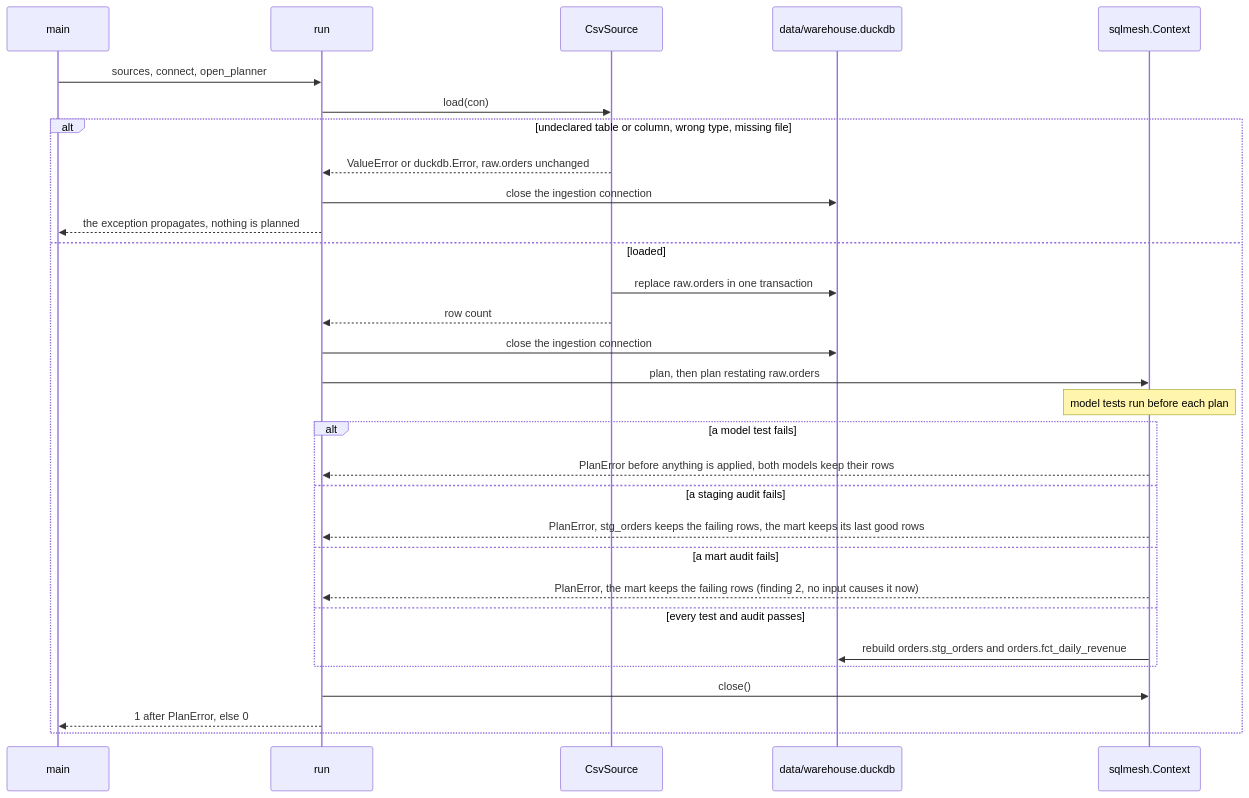
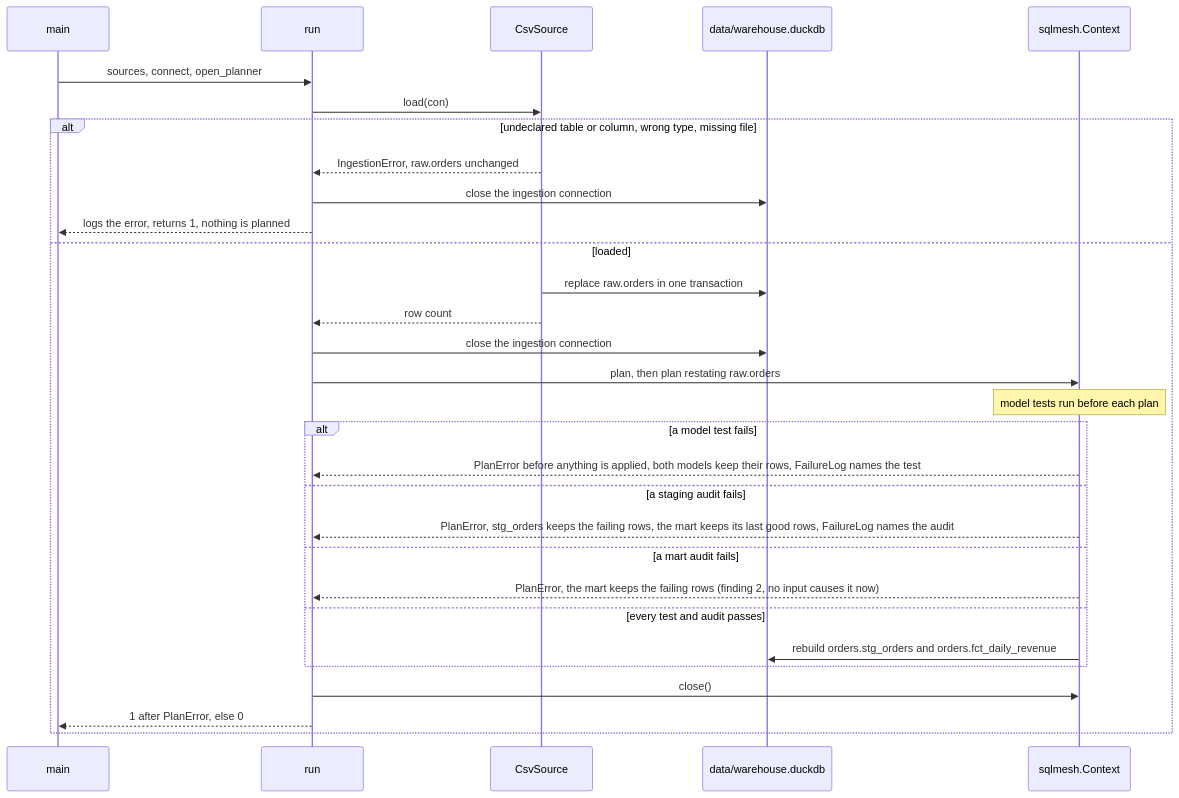
The fourth of 4 diagrams in docs/design.md (CarlosSolrac/template-sqlmesh-duckdb), drawn with Mermaid before and after one commit. The commit also changed other lines of this file and 1 other file, not shown here.

````diff
--- a/docs/design.md
+++ b/docs/design.md
@@ -285,32 +303,32 @@
 ```mermaid
 sequenceDiagram
     participant Main as main
     participant Run as run
     participant Csv as CsvSource
     participant DB as data/warehouse.duckdb
     participant SQLMesh as sqlmesh.Context
     Main->>Run: sources, connect, open_planner
     Run->>Csv: load(con)
     alt undeclared table or column, wrong type, missing file
-        Csv-->>Run: ValueError or duckdb.Error, raw.orders unchanged
+        Csv-->>Run: IngestionError, raw.orders unchanged
         Run->>DB: close the ingestion connection
-        Run-->>Main: the exception propagates, nothing is planned
+        Run-->>Main: logs the error, returns 1, nothing is planned
     else loaded
         Csv->>DB: replace raw.orders in one transaction
         Csv-->>Run: row count
         Run->>DB: close the ingestion connection
         Run->>SQLMesh: plan, then plan restating raw.orders
         Note over SQLMesh: model tests run before each plan
         alt a model test fails
-            SQLMesh-->>Run: PlanError before anything is applied, both models keep their rows
+            SQLMesh-->>Run: PlanError before anything is applied, both models keep their rows, FailureLog names the test
         else a staging audit fails
-            SQLMesh-->>Run: PlanError, stg_orders keeps the failing rows, the mart keeps its last good rows
+            SQLMesh-->>Run: PlanError, stg_orders keeps the failing rows, the mart keeps its last good rows, FailureLog names the audit
         else a mart audit fails
             SQLMesh-->>Run: PlanError, the mart keeps the failing rows (finding 2, no input causes it now)
         else every test and audit passes
             SQLMesh->>DB: rebuild orders.stg_orders and orders.fct_daily_revenue
         end
         Run->>SQLMesh: close()
         Run-->>Main: 1 after PlanError, else 0
     end
 ```
````
